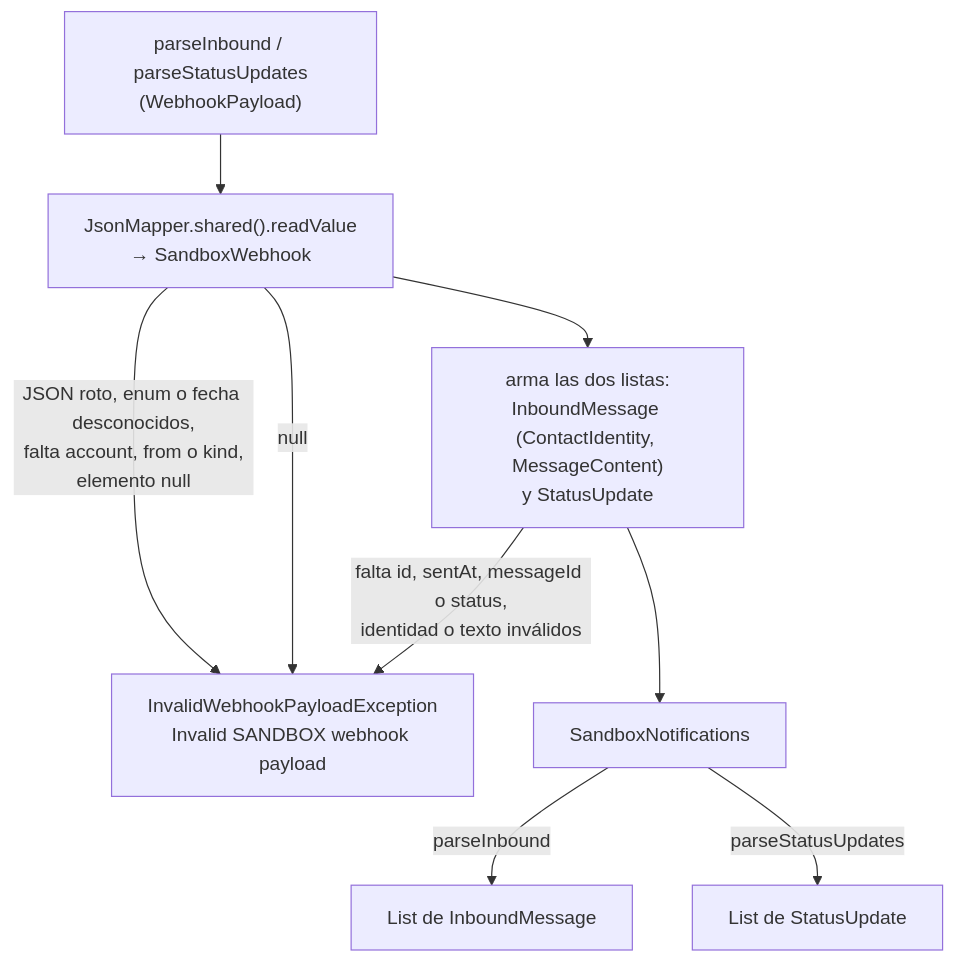
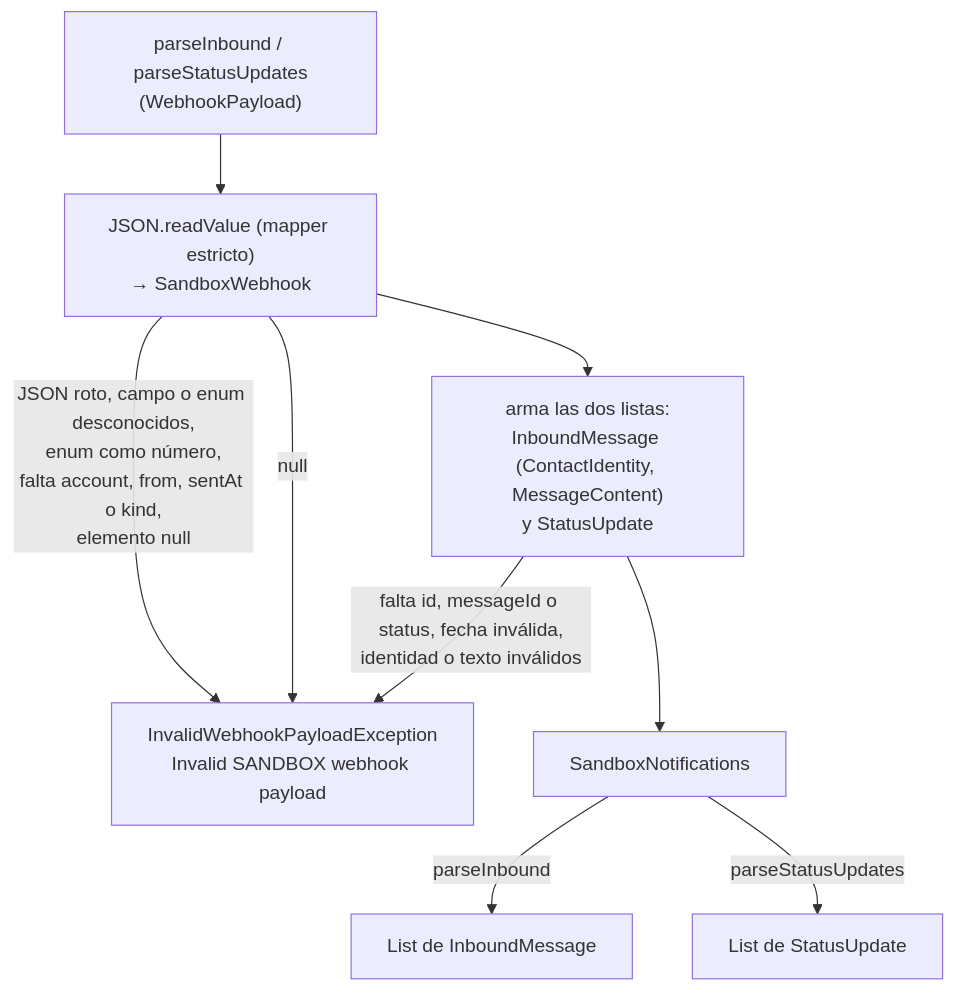
One commit to zapmaxvevo/communicator-one changed the fourth of 5 diagrams in docs/canales.md. Above: the diagram before and after it, drawn with Mermaid. The commit also changed other lines of this file and 3 other files, not shown here.

First line of the commit message:
Hacer estricto el parseo del sandbox

````diff
--- a/docs/canales.md
+++ b/docs/canales.md
@@ -398,11 +412,11 @@
 ```mermaid
 flowchart TD
-    P["parseInbound / parseStatusUpdates<br/>(WebhookPayload)"] --> R["JsonMapper.shared().readValue<br/>→ SandboxWebhook"]
-    R -->|JSON roto, enum o fecha desconocidos,<br/>falta account, from o kind,<br/>elemento null| X[InvalidWebhookPayloadException<br/>Invalid SANDBOX webhook payload]
+    P["parseInbound / parseStatusUpdates<br/>(WebhookPayload)"] --> R["JSON.readValue (mapper estricto)<br/>→ SandboxWebhook"]
+    R -->|JSON roto, campo o enum desconocidos,<br/>enum como número,<br/>falta account, from, sentAt o kind,<br/>elemento null| X[InvalidWebhookPayloadException<br/>Invalid SANDBOX webhook payload]
     R -->|null| X
     R --> B["arma las dos listas:<br/>InboundMessage (ContactIdentity, MessageContent)<br/>y StatusUpdate"]
-    B -->|falta id, sentAt, messageId o status,<br/>identidad o texto inválidos| X
+    B -->|falta id, messageId o status, fecha inválida,<br/>identidad o texto inválidos| X
     B --> S[SandboxNotifications]
     S -->|parseInbound| I[List de InboundMessage]
     S -->|parseStatusUpdates| U[List de StatusUpdate]
 ```
````
